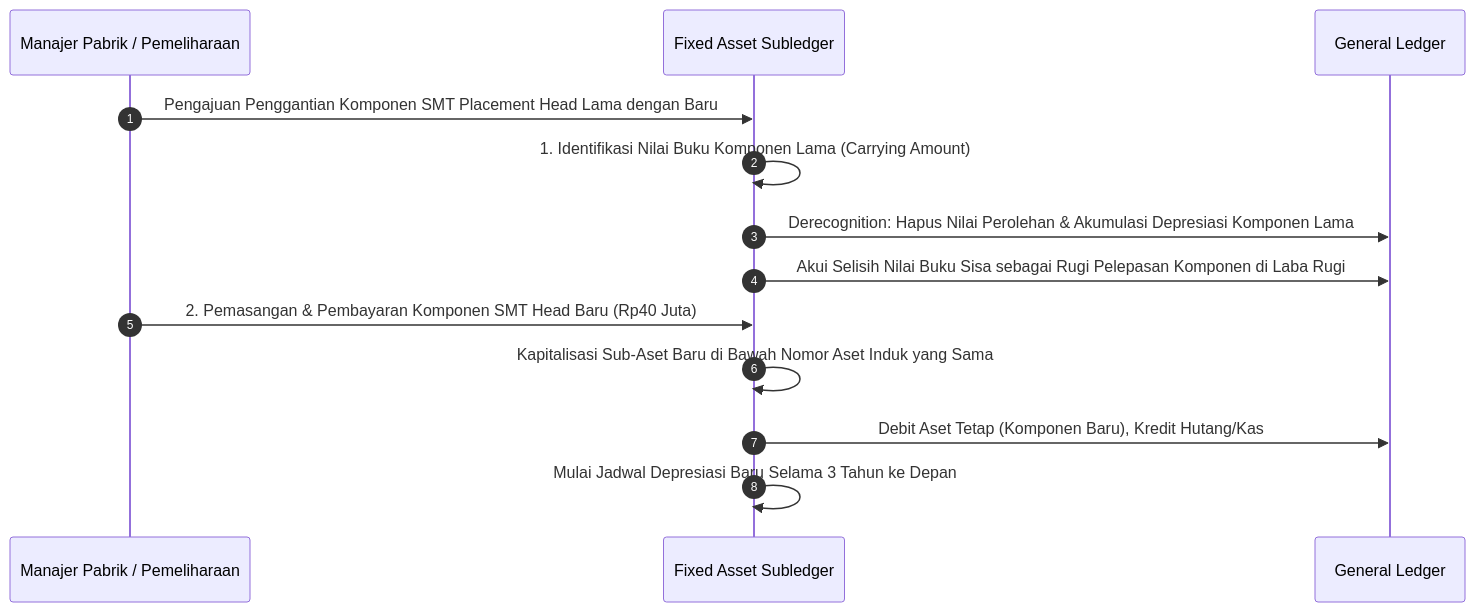
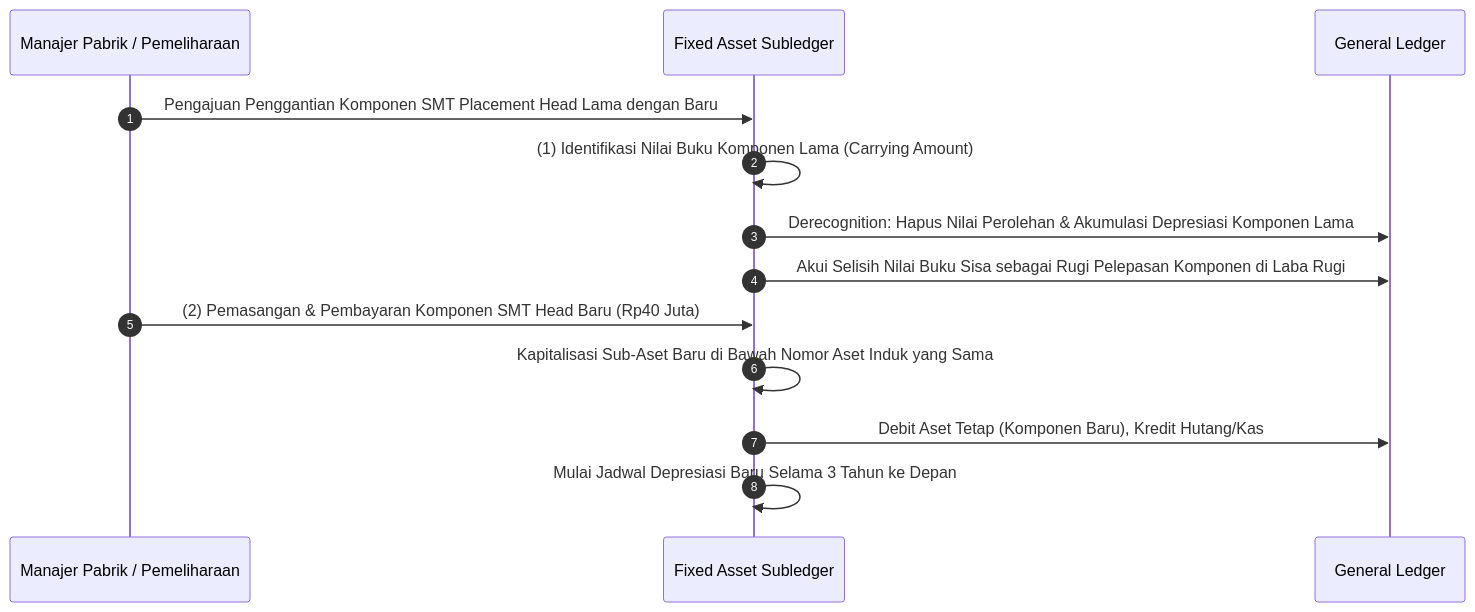
The second of 2 diagrams in content/08-assets/asset-componentization.md (alimurrofid/erp-notes), drawn with Mermaid before and after one commit. The commit also changed 132 other files, not shown here.

````diff
--- a/content/08-assets/asset-componentization.md
+++ b/content/08-assets/asset-componentization.md
@@ -57,16 +57,16 @@
 ```mermaid
 sequenceDiagram
     autonumber
     participant Plant as Manajer Pabrik / Pemeliharaan
     participant FA as Fixed Asset Subledger
     participant GL as General Ledger
 
     Plant->>FA: Pengajuan Penggantian Komponen SMT Placement Head Lama dengan Baru
-    FA->>FA: 1. Identifikasi Nilai Buku Komponen Lama (Carrying Amount)
+    FA->>FA: (1) Identifikasi Nilai Buku Komponen Lama (Carrying Amount)
     FA->>GL: Derecognition: Hapus Nilai Perolehan & Akumulasi Depresiasi Komponen Lama
     FA->>GL: Akui Selisih Nilai Buku Sisa sebagai Rugi Pelepasan Komponen di Laba Rugi
-    Plant->>FA: 2. Pemasangan & Pembayaran Komponen SMT Head Baru (Rp40 Juta)
+    Plant->>FA: (2) Pemasangan & Pembayaran Komponen SMT Head Baru (Rp40 Juta)
     FA->>FA: Kapitalisasi Sub-Aset Baru di Bawah Nomor Aset Induk yang Sama
     FA->>GL: Debit Aset Tetap (Komponen Baru), Kredit Hutang/Kas
     FA->>FA: Mulai Jadwal Depresiasi Baru Selama 3 Tahun ke Depan
 ```
````
